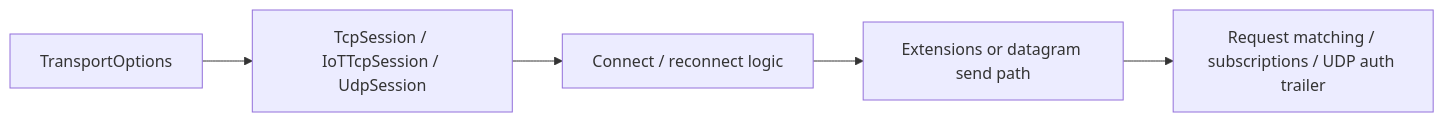
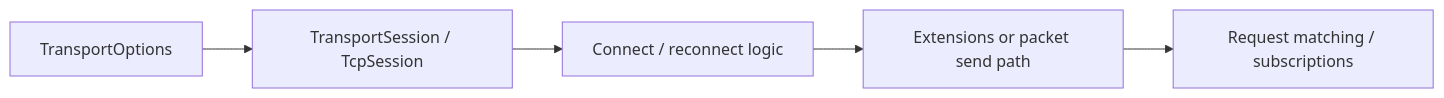
The diagram in docs/api/sdk/index.md (ppn-systems/Nalix), drawn with Mermaid before and after one commit. The commit also changed other lines of this file and 190 other files, not shown here.

````diff
--- a/docs/api/sdk/index.md
+++ b/docs/api/sdk/index.md
@@ -10,7 +10,7 @@
 ```mermaid
 flowchart LR
-    A["TransportOptions"] --> B["TcpSession / IoTTcpSession / UdpSession"]
+    A["TransportOptions"] --> B["TransportSession / TcpSession"]
     B --> C["Connect / reconnect logic"]
-    C --> D["Extensions or datagram send path"]
-    D --> E["Request matching / subscriptions / UDP auth trailer"]
+    C --> D["Extensions or packet send path"]
+    D --> E["Request matching / subscriptions"]
 ```
````
